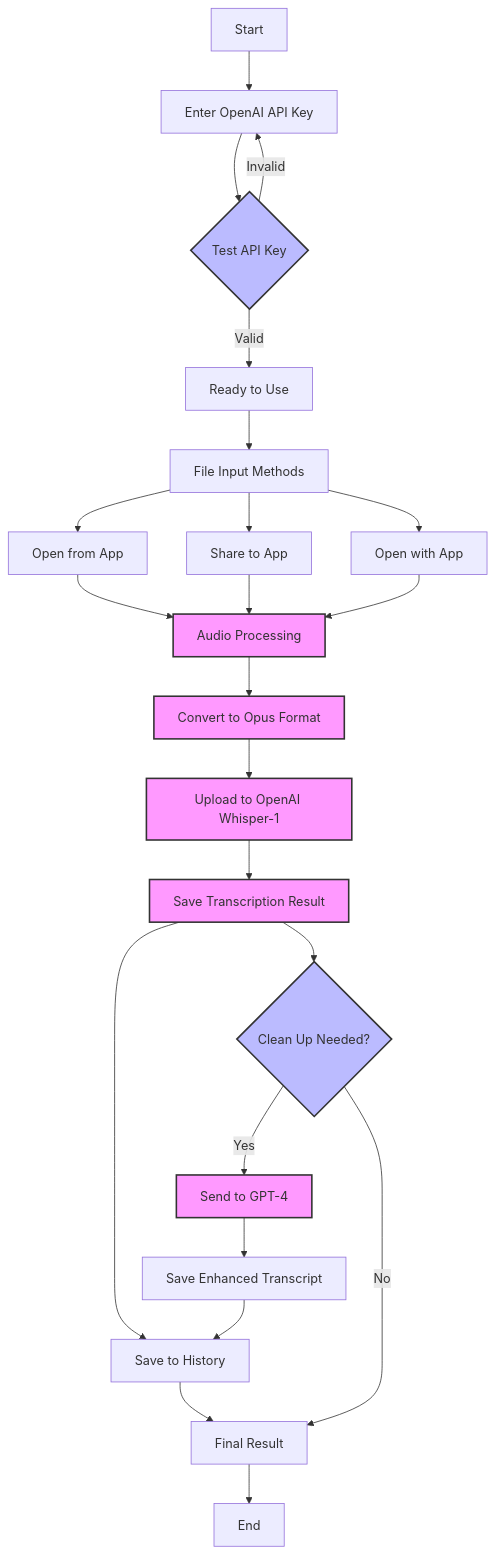
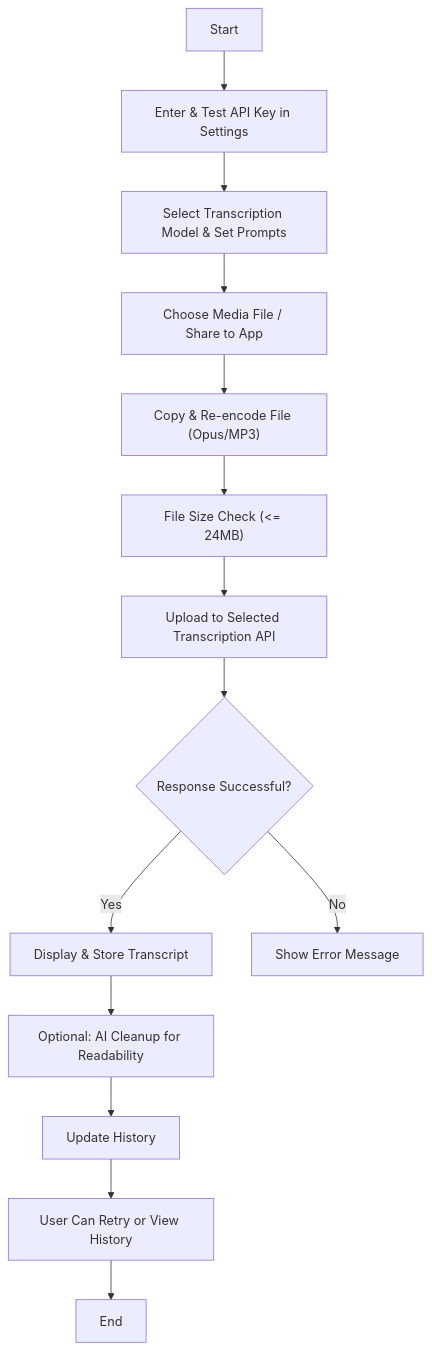
Before and after one commit to dhcgn/AIAudioTranscription: the diagram in README.md, drawn with Mermaid. The commit also changed other lines of this file and 1 other file, not shown here.

Commit message:
Update README to enhance project overview, key features, and usage instructions

````diff
--- a/README.md
+++ b/README.md
@@ -90,42 +70,16 @@
 ```mermaid
 graph TD
-    %% Initial Setup
-    A[Start] --> B[Enter OpenAI API Key]
-    B --> C{Test API Key}
-    C -->|Invalid| B
-    C -->|Valid| D[Ready to Use]
-
-    %% File Input Methods
-    D --> E[File Input Methods]
-    E --> F[Open from App]
-    E --> G[Share to App]
-    E --> H[Open with App]
-
-    %% Processing
-    F --> I[Audio Processing]
-    G --> I
-    H --> I
-    I --> J[Convert to Opus Format]
-    J --> K[Upload to OpenAI Whisper-1]
-
-    %% Results & Post-processing
-    K --> L[Save Transcription Result]
-    L --> M[Save to History]
-    L --> N{Clean Up Needed?}
-    
-    %% Optional Cleanup
-    N -->|Yes| O[Send to GPT-4]
-    O --> P[Save Enhanced Transcript]
-    P --> M
-    N -->|No| Q[Final Result]
-    
-    %% States
-    M --> Q
-    Q --> R[End]
-
-    %% Styling
-    classDef process fill:#f9f,stroke:#333,stroke-width:2px;
-    classDef decision fill:#bbf,stroke:#333,stroke-width:2px;
-    class I,J,K,L,O process;
-    class C,N decision;
+    A[Start] --> B[Enter & Test API Key in Settings]
+    B --> C[Select Transcription Model & Set Prompts]
+    C --> D[Choose Media File / Share to App]
+    D --> E["Copy & Re-encode File (Opus/MP3)"]
+    E --> F["File Size Check (<= 24MB)"]
+    F --> G[Upload to Selected Transcription API]
+    G --> H{Response Successful?}
+    H -- Yes --> I[Display & Store Transcript]
+    I --> J[Optional: AI Cleanup for Readability]
+    J --> K[Update History]
+    H -- No --> L[Show Error Message]
+    K --> M[User Can Retry or View History]
+    M --> N[End]
 ```
````
